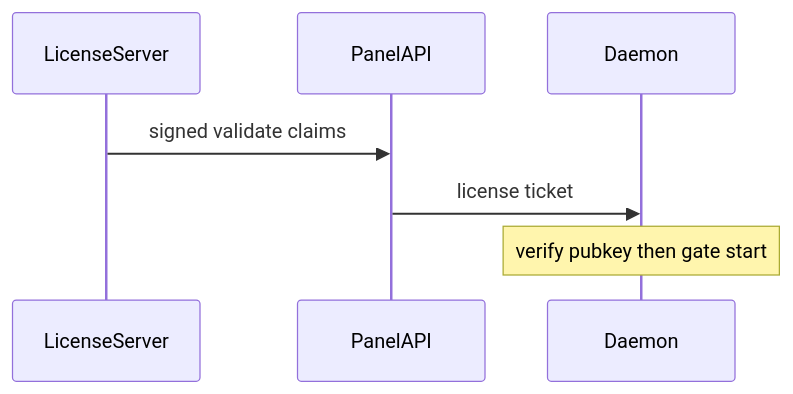
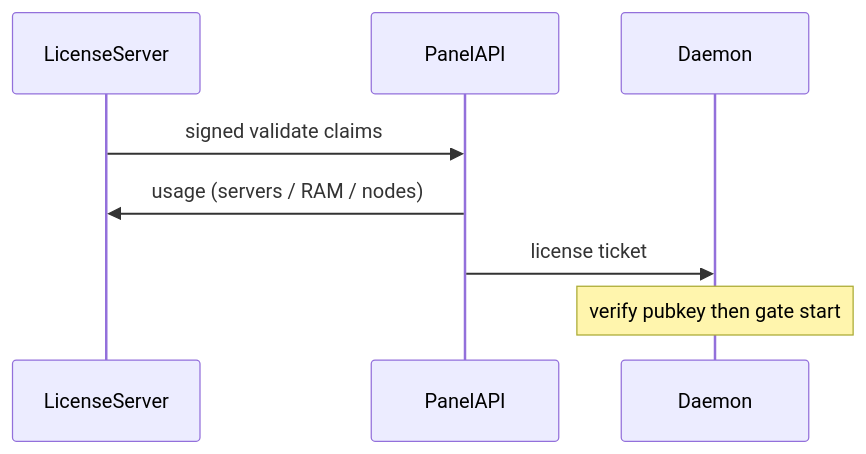
The diagram in docs/wiki/licensing.md (TomThermo/guartrix), drawn with Mermaid before and after one commit. The commit also changed other lines of this file and 7 other files, not shown here.

````diff
--- a/docs/wiki/licensing.md
+++ b/docs/wiki/licensing.md
@@ -39,9 +40,10 @@
 ```mermaid
 sequenceDiagram
   participant LS as LicenseServer
   participant API as PanelAPI
   participant D as Daemon
   LS->>API: signed validate claims
+  API->>LS: usage (servers / RAM / nodes)
   API->>D: license ticket
   Note over D: verify pubkey then gate start
 ```
````
